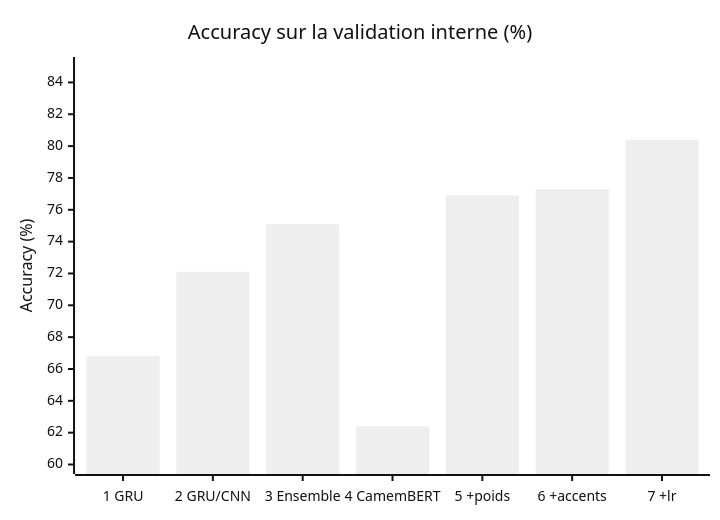
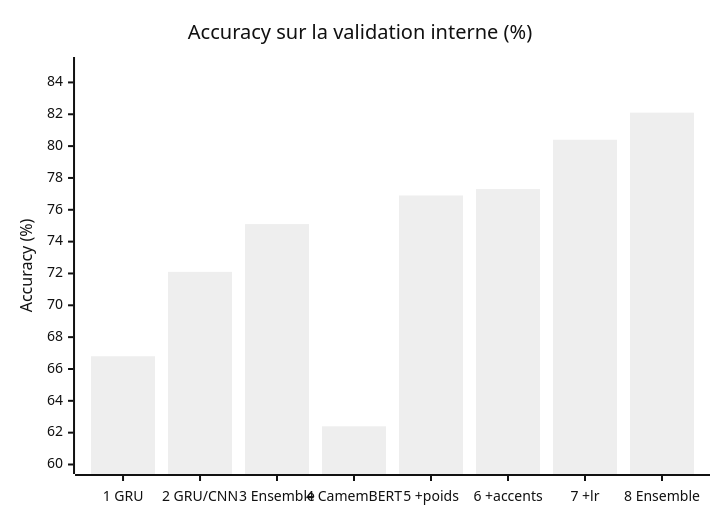
One commit to eliemsalem/_Posos changed the diagram in README.md. Above: the diagram before and after it, drawn with Mermaid (neutral theme). The commit also changed other lines of this file and 1 other file, not shown here.

Commit message:
Ensemble de 3 CamemBERT : 0,8124 sur le test

````diff
--- a/README.md
+++ b/README.md
@@ -65,7 +67,7 @@
 ```mermaid
 xychart-beta
     title "Accuracy sur la validation interne (%)"
-    x-axis ["1 GRU", "2 GRU/CNN", "3 Ensemble", "4 CamemBERT", "5 +poids", "6 +accents", "7 +lr"]
+    x-axis ["1 GRU", "2 GRU/CNN", "3 Ensemble", "4 CamemBERT", "5 +poids", "6 +accents", "7 +lr", "8 Ensemble"]
     y-axis "Accuracy (%)" 60 --> 85
-    bar [66.8, 72.1, 75.1, 62.4, 76.9, 77.3, 80.4]
+    bar [66.8, 72.1, 75.1, 62.4, 76.9, 77.3, 80.4, 82.1]
 ```
````
